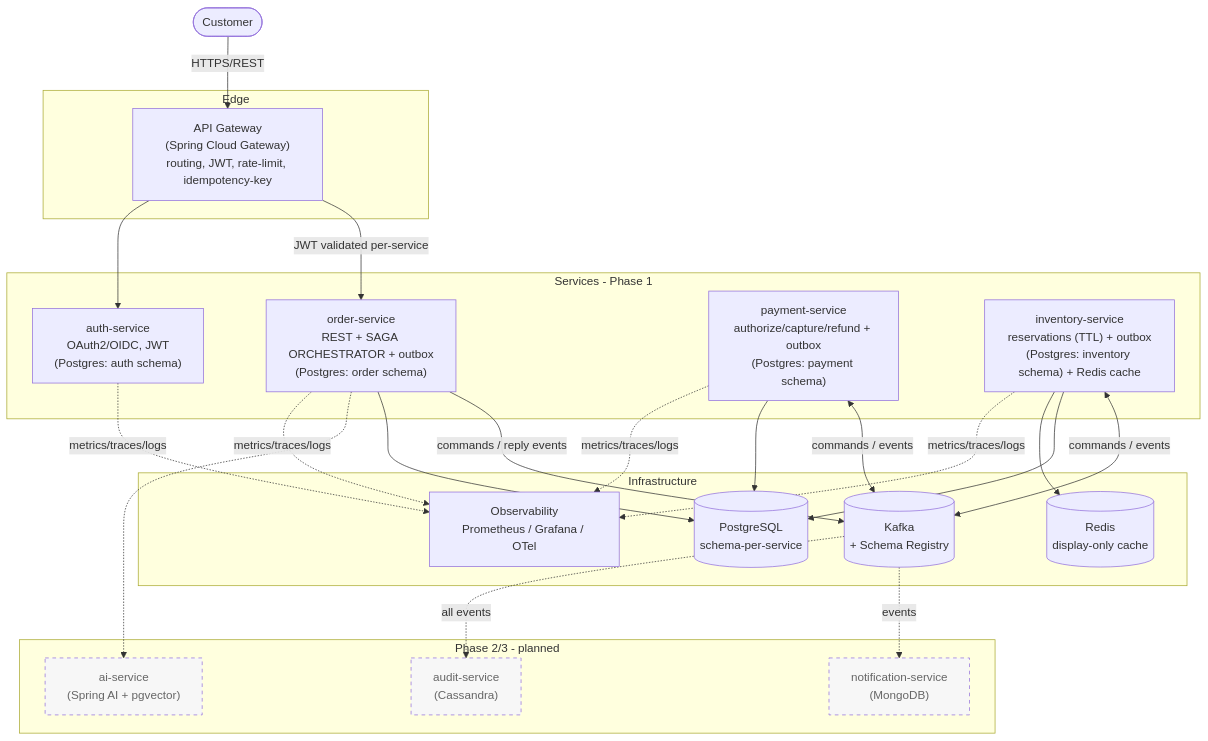
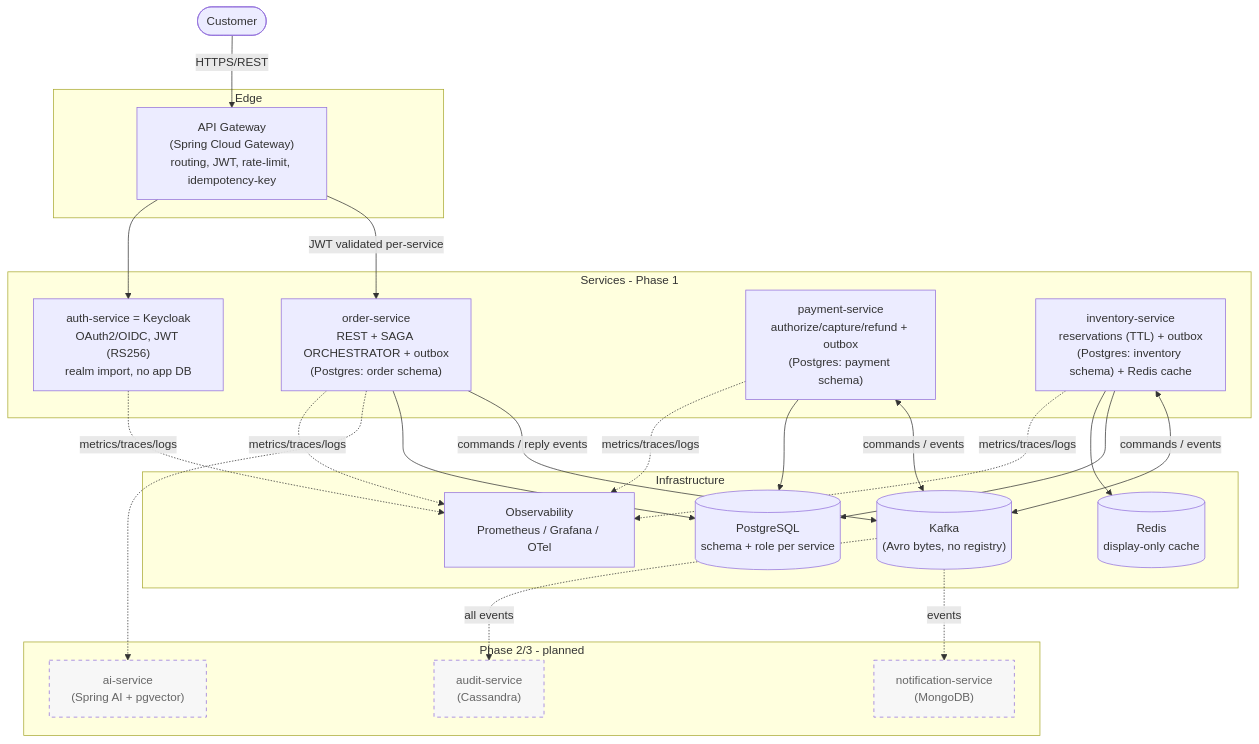
One commit to SajidRiaz138/event-driven-microservices-platform changed the second of 2 diagrams in docs/diagrams/c4-context-and-containers.md. Above: the diagram before and after it, drawn with Mermaid. The commit also changed 1 other file, not shown here.

Commit message:
docs: fix stale architecture diagrams to match built code
README domain diagram: removed the '(audit/notify — later)' saga branch (those
services were removed to the roadmap) and added Keycloak at the edge + the
per-service-JWT/own-schema note; deferred services now shown as a roadmap line,
not a saga participant. C4 container diagram: auth-service corrected to Keycloak
(realm import, no app DB — was wrongly 'Postgres: auth schema'), Kafka node
corrected to 'Avro bytes, no registry' (Phase 1 uses no schema registry), and
PostgreSQL noted as schema+role-per-service.

````diff
--- a/docs/diagrams/c4-context-and-containers.md
+++ b/docs/diagrams/c4-context-and-containers.md
@@ -25,46 +25,46 @@
 ```mermaid
 flowchart TB
     customer([Customer])
 
     subgraph edge[Edge]
         gw["API Gateway<br/>(Spring Cloud Gateway)<br/>routing, JWT, rate-limit, idempotency-key"]
     end
 
     subgraph svcs[Services - Phase 1]
-        auth["auth-service<br/>OAuth2/OIDC, JWT<br/>(Postgres: auth schema)"]
+        auth["auth-service = Keycloak<br/>OAuth2/OIDC, JWT (RS256)<br/>realm import, no app DB"]
         order["order-service<br/>REST + SAGA ORCHESTRATOR + outbox<br/>(Postgres: order schema)"]
         pay["payment-service<br/>authorize/capture/refund + outbox<br/>(Postgres: payment schema)"]
         inv["inventory-service<br/>reservations (TTL) + outbox<br/>(Postgres: inventory schema) + Redis cache"]
     end
 
     subgraph infra[Infrastructure]
-        kafka[("Kafka<br/>+ Schema Registry")]
-        pg[("PostgreSQL<br/>schema-per-service")]
+        kafka[("Kafka<br/>(Avro bytes, no registry)")]
+        pg[("PostgreSQL<br/>schema + role per service")]
         redis[("Redis<br/>display-only cache")]
         obs["Observability<br/>Prometheus / Grafana / OTel"]
     end
 
     subgraph future[Phase 2/3 - planned]
         notif["notification-service<br/>(MongoDB)"]
         audit["audit-service<br/>(Cassandra)"]
         ai["ai-service<br/>(Spring AI + pgvector)"]
     end
 
     customer -->|HTTPS/REST| gw
     gw -->|JWT validated per-service| order
     gw --> auth
     order -->|commands / reply events| kafka
     pay <-->|commands / events| kafka
     inv <-->|commands / events| kafka
     order --> pg
     pay --> pg
     inv --> pg
     inv --> redis
     kafka -.->|events| notif
     kafka -.->|all events| audit
     order -.-> ai
     order & pay & inv & auth -.->|metrics/traces/logs| obs
 
     classDef planned stroke-dasharray: 5 5,fill:#f7f7f7,color:#666;
     class notif,audit,ai planned;
 ```
````
